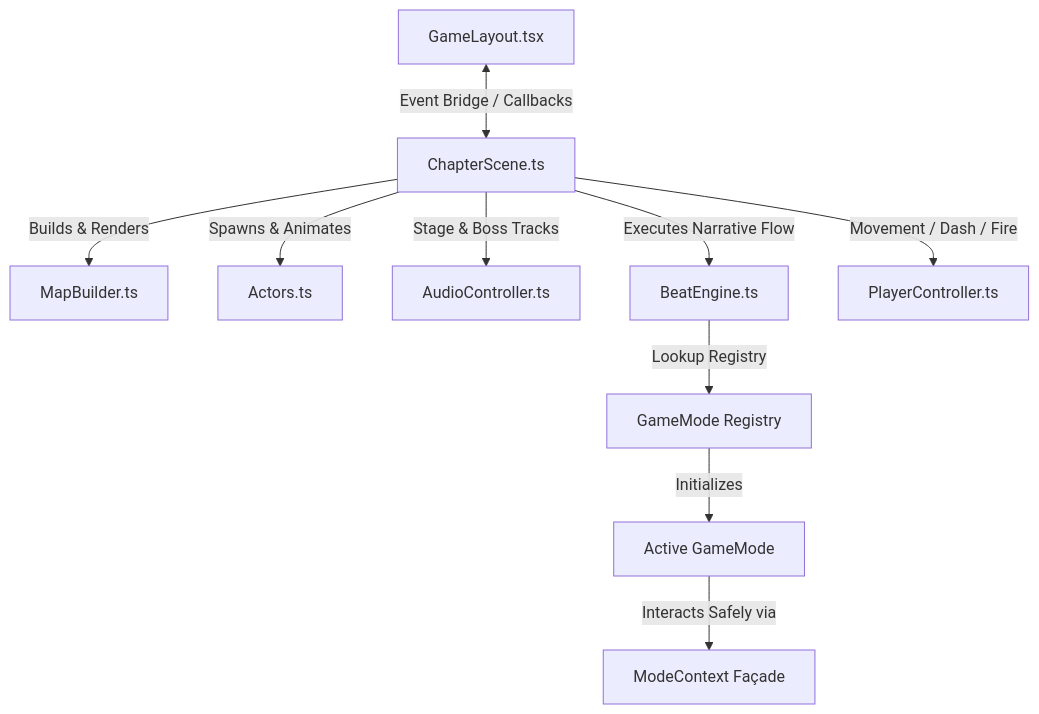
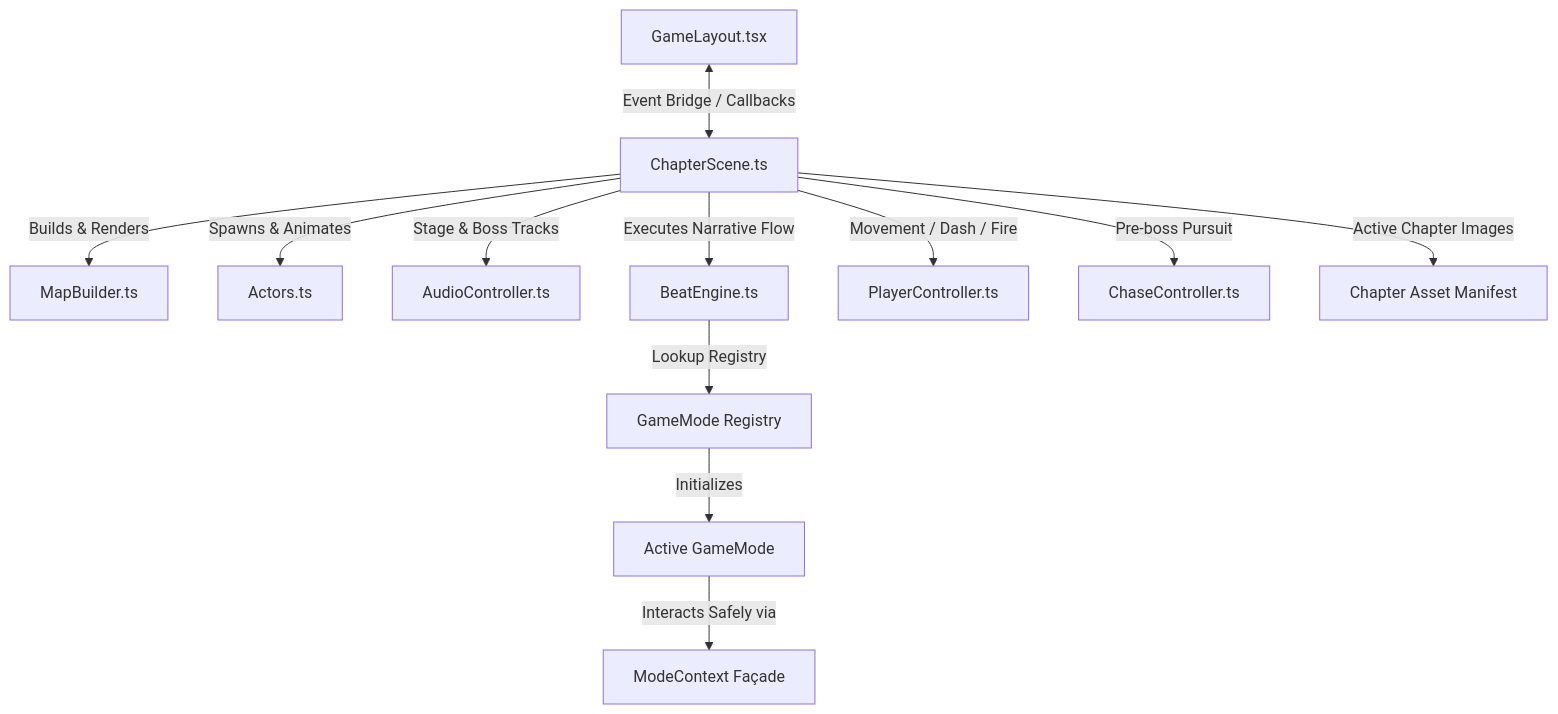
One commit to eric-s-ai-slop/rockville-syndicate changed the diagram in ARCHITECTURE.md. Above: the diagram before and after it, drawn with Mermaid. The commit also changed other lines of this file and 48 other files, not shown here.

````diff
--- a/ARCHITECTURE.md
+++ b/ARCHITECTURE.md
@@ -34,12 +34,14 @@
 ```mermaid
 graph TD
     ReactLayout[GameLayout.tsx] <-->|Event Bridge / Callbacks| HostScene[ChapterScene.ts]
     HostScene -->|Builds & Renders| MapB[MapBuilder.ts]
     HostScene -->|Spawns & Animates| Act[Actors.ts]
     HostScene -->|Stage & Boss Tracks| Aud[AudioController.ts]
     HostScene -->|Executes Narrative Flow| BeatEng[BeatEngine.ts]
     HostScene -->|Movement / Dash / Fire| PC[PlayerController.ts]
+    HostScene -->|Pre-boss Pursuit| Chase[ChaseController.ts]
+    HostScene -->|Active Chapter Images| Assets[Chapter Asset Manifest]
     BeatEng -->|Lookup Registry| ModeReg[GameMode Registry]
     ModeReg -->|Initializes| ActiveMode[Active GameMode]
     ActiveMode -->|Interacts Safely via| Façade[ModeContext Façade]
 ```
````
